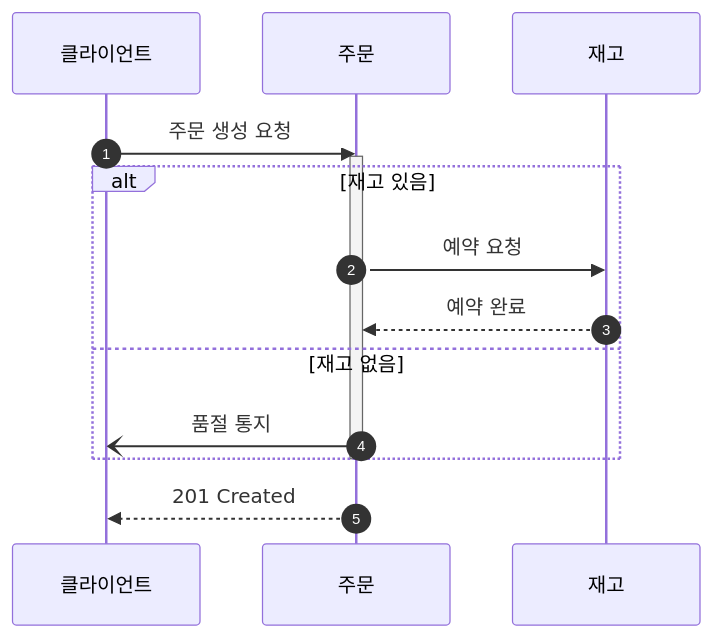
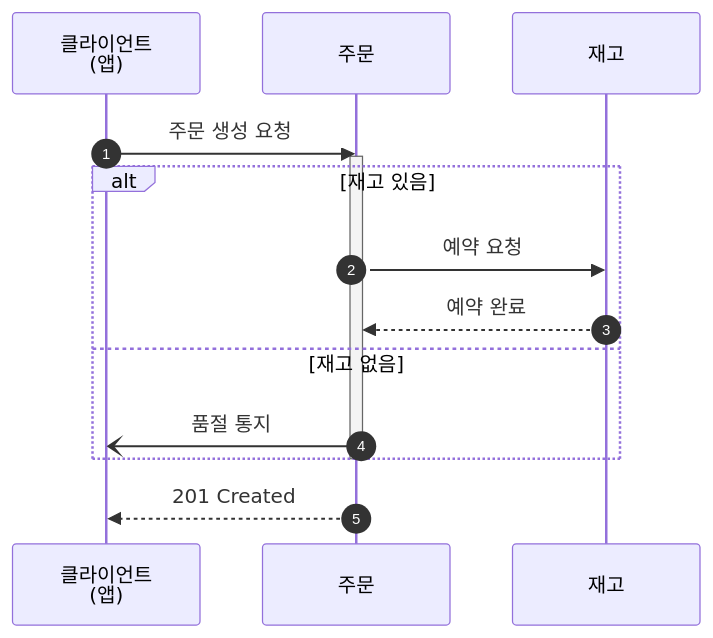
The second of 5 diagrams in docs/drafts/2026-09-fencesvg.md (1989v/msa), drawn with Mermaid before and after one commit. The commit also changed other lines of this file, not shown here.

Commit message:
docs(blog): fencesvg 글에 <br> 줄바꿈과 participant as 예제
Claude-Session: https://claude.ai/code/session_01FAGAXNXyN9in7UkRRzceQX

````diff
--- a/docs/drafts/2026-09-fencesvg.md
+++ b/docs/drafts/2026-09-fencesvg.md
@@ -180,19 +180,19 @@
 ```mermaid
 %% caption: 주문 생성은 세 시스템을 왕복한다
 %% source: mermaid 원문 보기
 sequenceDiagram
   autonumber
-  participant 클라이언트
+  participant C as 클라이언트<br>(앱)
   participant 주문
   participant 재고
-  클라이언트->>주문: 주문 생성 요청
+  C->>주문: 주문 생성 요청
   activate 주문
   alt 재고 있음
     주문->>재고: 예약 요청
     재고-->>주문: 예약 완료
   else 재고 없음
-    주문-)클라이언트: 품절 통지
+    주문-)C: 품절 통지
   end
   deactivate 주문
-  주문-->>클라이언트: 201 Created
+  주문-->>C: 201 Created
 ```
````
